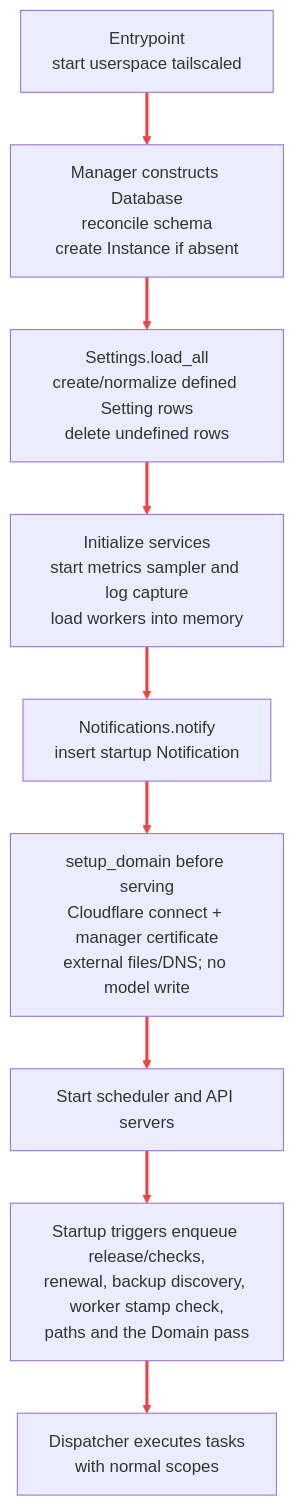
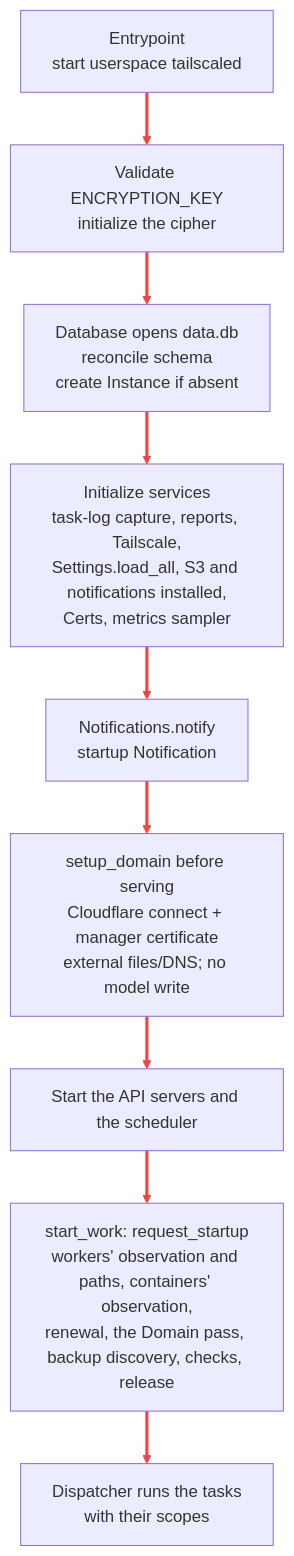
One commit to v31-dev/sage changed the fourth of 4 diagrams in docs/operations.md. Above: the diagram before and after it, drawn with Mermaid. The commit also changed other lines of this file and 2 other files, not shown here.

````diff
--- a/docs/operations.md
+++ b/docs/operations.md
@@ -335,16 +340,16 @@
 ```mermaid
 %%{init: {"themeVariables": {"lineColor": "#ef4444"}, "themeCSS": ".marker { overflow: visible; } .arrowMarkerPath { stroke-width: 2px !important; } .edge-pattern-dotted { stroke-dasharray: 8 6 !important; }"}}%%
 flowchart TB
     entry["Entrypoint<br/>start userspace tailscaled"]
-    database["Manager constructs Database<br/>reconcile schema<br/>create Instance if absent"]
-    settings["Settings.load_all<br/>create/normalize defined Setting rows<br/>delete undefined rows"]
-    services["Initialize services<br/>start metrics sampler and log capture<br/>load workers into memory"]
-    notice["Notifications.notify<br/>insert startup Notification"]
+    key["Validate ENCRYPTION_KEY<br/>initialize the cipher"]
+    database["Database opens data.db<br/>reconcile schema<br/>create Instance if absent"]
+    services["Initialize services<br/>task-log capture, reports, Tailscale,<br/>Settings.load_all, S3 and notifications installed,<br/>Certs, metrics sampler"]
+    notice["Notifications.notify<br/>startup Notification"]
     bootstrap["setup_domain before serving<br/>Cloudflare connect + manager certificate<br/>external files/DNS; no model write"]
-    serve["Start scheduler and API servers"]
-    enqueue["Startup triggers enqueue release/checks,<br/>renewal, backup discovery, worker stamp check,<br/>paths and the Domain pass"]
-    run["Dispatcher executes tasks<br/>with normal scopes"]
+    serve["Start the API servers and the scheduler"]
+    enqueue["start_work: request_startup<br/>workers' observation and paths, containers' observation,<br/>renewal, the Domain pass, backup discovery, checks, release"]
+    run["Dispatcher runs the tasks<br/>with their scopes"]
 
-    entry --> database --> settings --> services --> notice --> bootstrap --> serve --> enqueue --> run
+    entry --> key --> database --> services --> notice --> bootstrap --> serve --> enqueue --> run
     linkStyle default stroke:#ef4444,stroke-width:3px
 ```
````
